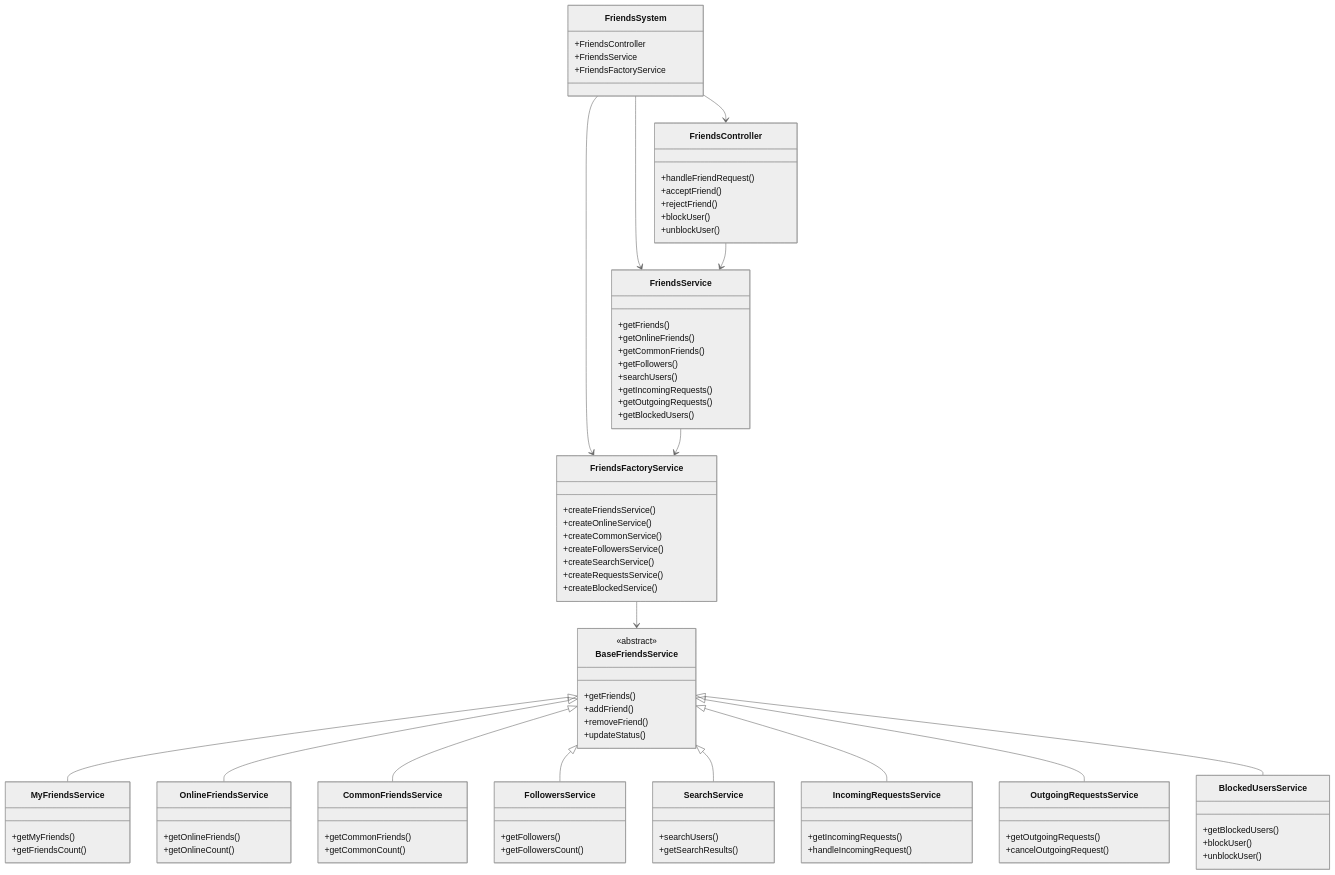
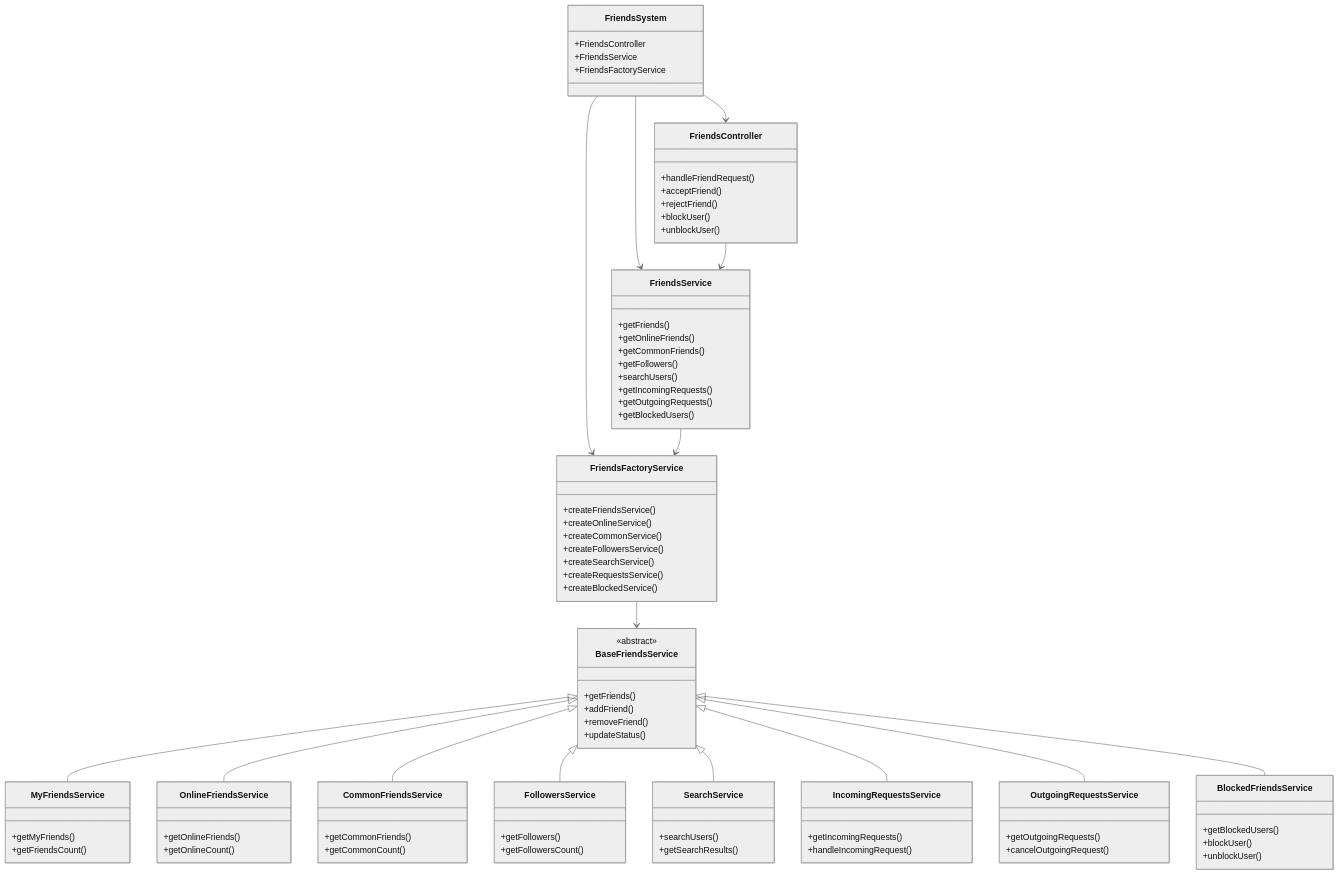
One commit to makebelieve-sk/Messenger changed the second of 3 diagrams in README.md. Above: the diagram before and after it, drawn with Mermaid (neutral theme). The commit also changed other lines of this file and 64 other files, not shown here.

````diff
--- a/README.md
+++ b/README.md
@@ -188,7 +188,7 @@
         +cancelOutgoingRequest()
     }
     
-    class BlockedUsersService {
+    class BlockedFriendsService {
         +getBlockedUsers()
         +blockUser()
         +unblockUser()
@@ -211,5 +211,5 @@
     BaseFriendsService <|-- SearchService
     BaseFriendsService <|-- IncomingRequestsService
     BaseFriendsService <|-- OutgoingRequestsService
-    BaseFriendsService <|-- BlockedUsersService
+    BaseFriendsService <|-- BlockedFriendsService
 ```
````
